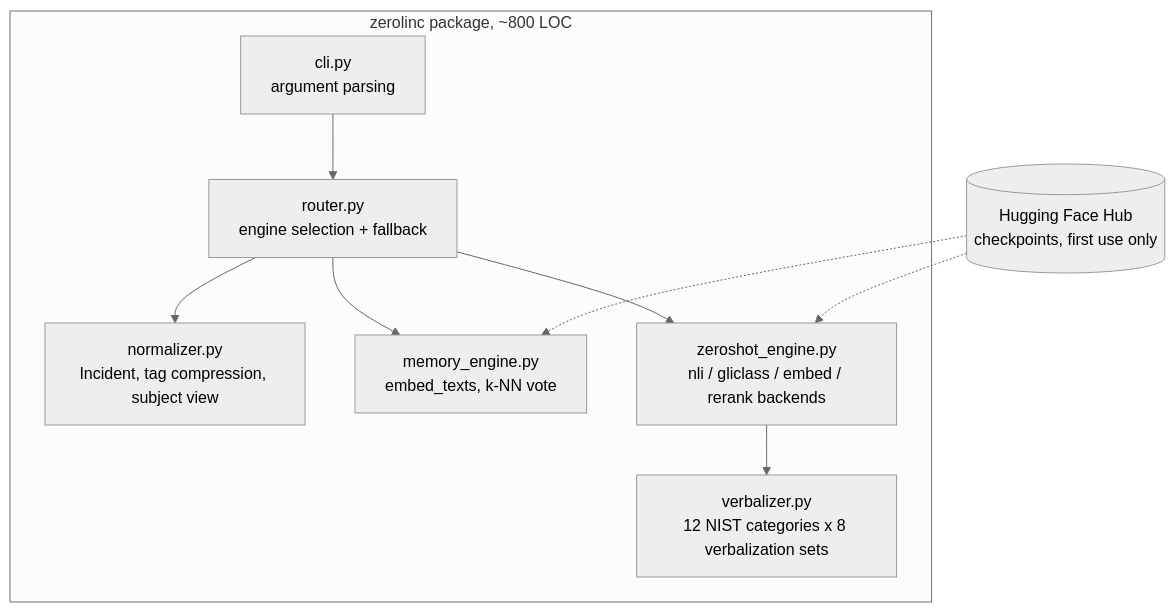
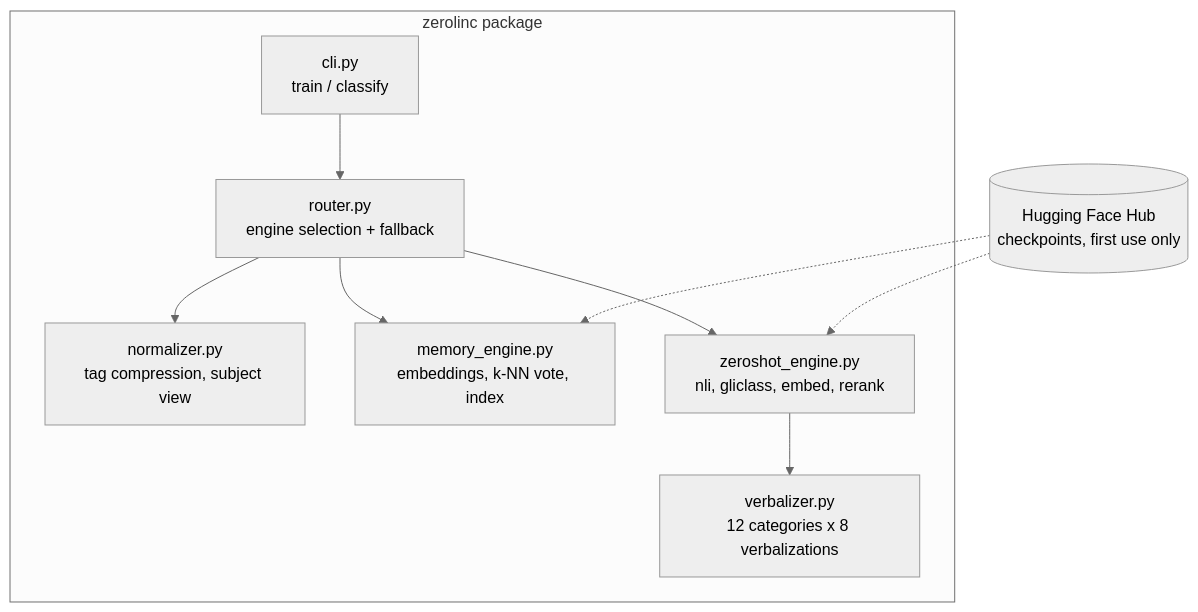
Before and after one commit to CristhianKapelinski/zerolinc: the second of 3 diagrams in docs/architecture.md, drawn with Mermaid (neutral theme). The commit also changed other lines of this file and 4 other files, not shown here.

Commit message:
CTA artifact README on the classifier repo; claim wrappers; sample input; Mermaid fixes

````diff
--- a/docs/architecture.md
+++ b/docs/architecture.md
@@ -22,12 +21,12 @@
 ```mermaid
 flowchart TB
-    subgraph zerolinc [zerolinc package, ~800 LOC]
-        CLI[cli.py\nargument parsing] --> RT[router.py\nengine selection + fallback]
-        RT --> NM[normalizer.py\nIncident, tag compression, subject view]
-        RT --> ME[memory_engine.py\nembed_texts, k-NN vote]
-        RT --> ZE[zeroshot_engine.py\nnli / gliclass / embed / rerank backends]
-        ZE --> VB[verbalizer.py\n12 NIST categories x 8 verbalization sets]
+    subgraph pkg["zerolinc package"]
+        CLI["cli.py<br/>train / classify"] --> RT["router.py<br/>engine selection + fallback"]
+        RT --> NM["normalizer.py<br/>tag compression, subject view"]
+        RT --> ME["memory_engine.py<br/>embeddings, k-NN vote, index"]
+        RT --> ZE["zeroshot_engine.py<br/>nli, gliclass, embed, rerank"]
+        ZE --> VB["verbalizer.py<br/>12 categories x 8 verbalizations"]
     end
-    HF[(Hugging Face Hub\ncheckpoints, first use only)] -.-> ME
+    HF[("Hugging Face Hub<br/>checkpoints, first use only")] -.-> ME
     HF -.-> ZE
 ```
````
